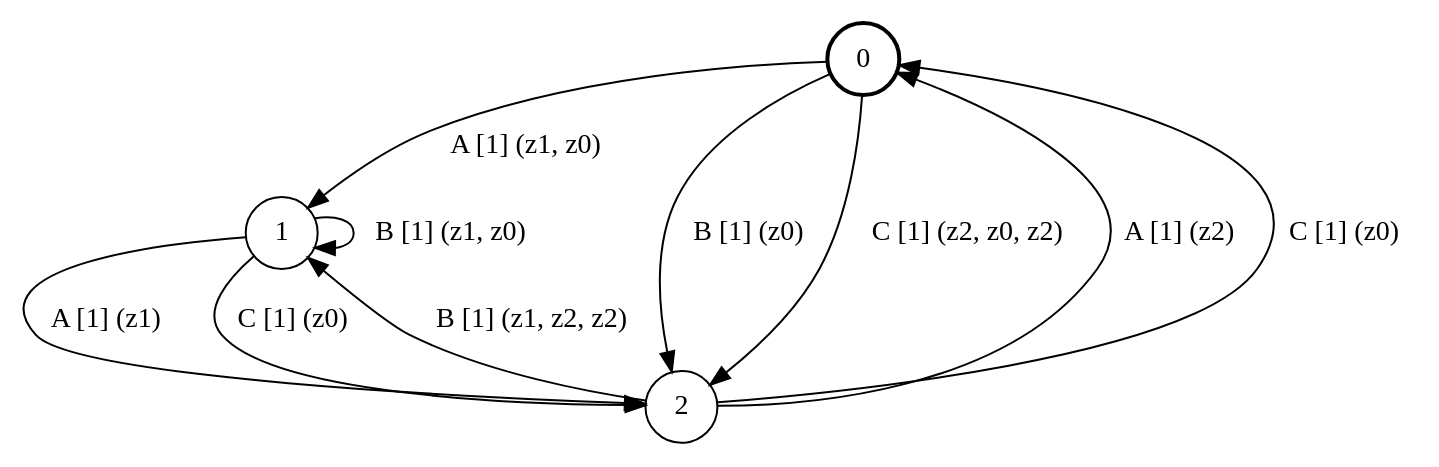
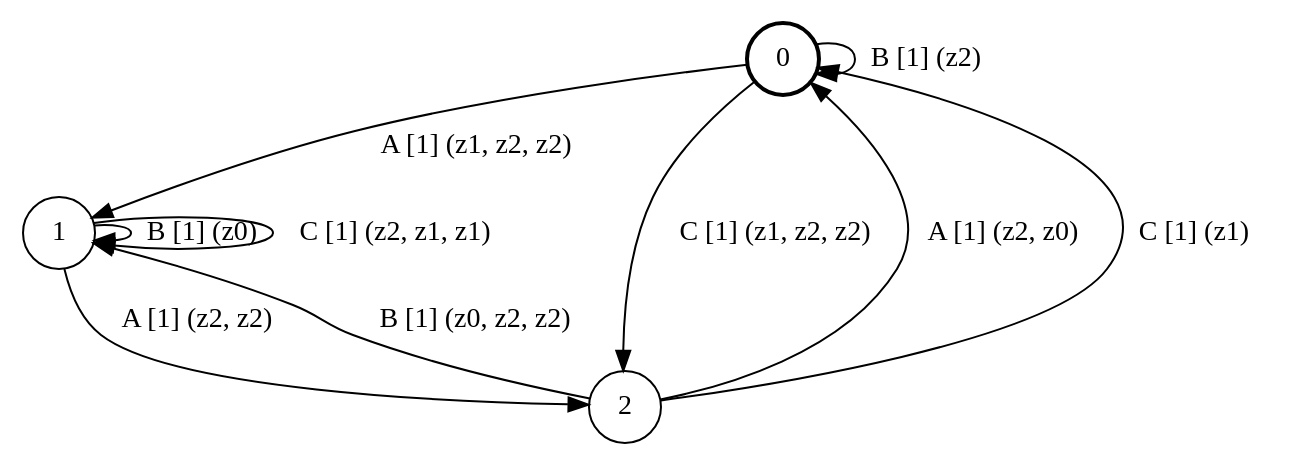
Before and after one commit to ulyantsev/EFSM-tools: the diagram in qbf/testing/fsm_3s3e3a.dot, drawn with Graphviz. The commit also changed 1162 other files, not shown here.

```diff
--- a/qbf/testing/fsm_3s3e3a.dot
+++ b/qbf/testing/fsm_3s3e3a.dot
@@ -1,15 +1,15 @@
 # generated file, don't try to modify
 # command: dot -Tpng <filename> > tree.png
 digraph Automaton {
     node [shape = circle];
     0 [style = "bold"];
-    0 -> 1 [label = "A [1] (z1, z0) "];
-    0 -> 2 [label = "B [1] (z0) "];
-    0 -> 2 [label = "C [1] (z2, z0, z2) "];
-    1 -> 2 [label = "A [1] (z1) "];
-    1 -> 1 [label = "B [1] (z1, z0) "];
-    1 -> 2 [label = "C [1] (z0) "];
-    2 -> 0 [label = "A [1] (z2) "];
-    2 -> 1 [label = "B [1] (z1, z2, z2) "];
-    2 -> 0 [label = "C [1] (z0) "];
+    0 -> 1 [label = "A [1] (z1, z2, z2) "];
+    0 -> 0 [label = "B [1] (z2) "];
+    0 -> 2 [label = "C [1] (z1, z2, z2) "];
+    1 -> 2 [label = "A [1] (z2, z2) "];
+    1 -> 1 [label = "B [1] (z0) "];
+    1 -> 1 [label = "C [1] (z2, z1, z1) "];
+    2 -> 0 [label = "A [1] (z2, z0) "];
+    2 -> 1 [label = "B [1] (z0, z2, z2) "];
+    2 -> 0 [label = "C [1] (z1) "];
 }
```
